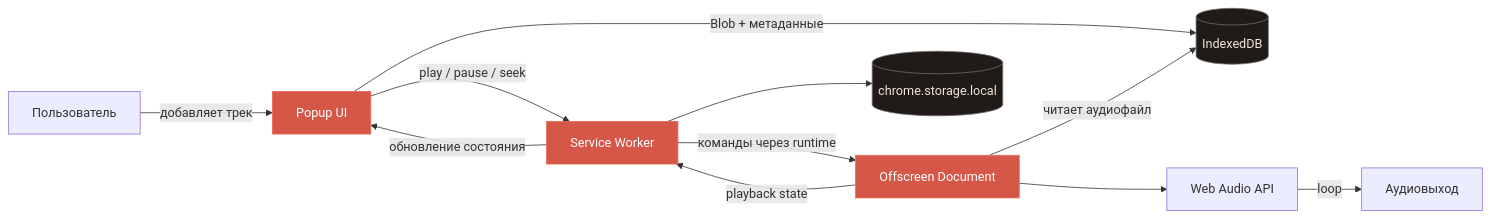
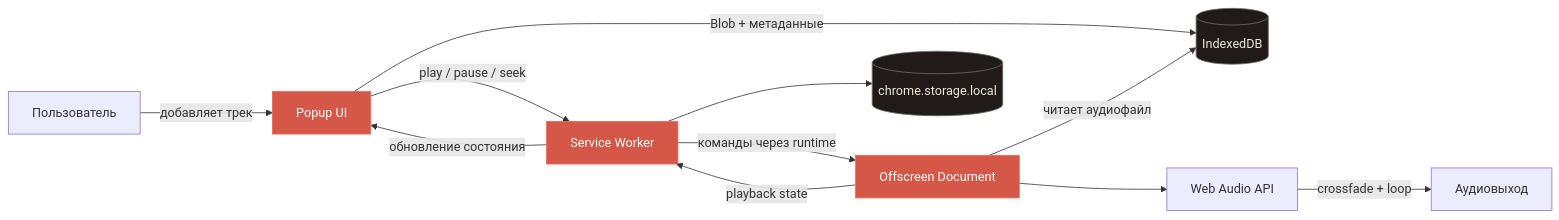
One commit to BigVovaRUU/music changed the first of 2 diagrams in README.md. Above: the diagram before and after it, drawn with Mermaid. The commit also changed other lines of this file and 3 other files, not shown here.

````diff
--- a/README.md
+++ b/README.md
@@ -89,18 +96,18 @@
 ```mermaid
 flowchart LR
     U[Пользователь] -->|добавляет трек| P[Popup UI]
     P -->|Blob + метаданные| IDB[(IndexedDB)]
     P -->|play / pause / seek| SW[Service Worker]
     SW -->|команды через runtime| O[Offscreen Document]
     O -->|читает аудиофайл| IDB
     O --> WA[Web Audio API]
-    WA -->|loop| A[Аудиовыход]
+    WA -->|crossfade + loop| A[Аудиовыход]
     O -->|playback state| SW
     SW --> CS[(chrome.storage.local)]
     SW -->|обновление состояния| P
 
     classDef accent fill:#d55747,color:#fff,stroke:#ef6a58;
     classDef storage fill:#201b19,color:#efe6d8,stroke:#716e69;
     class P,SW,O accent;
     class IDB,CS storage;
 ```
````
